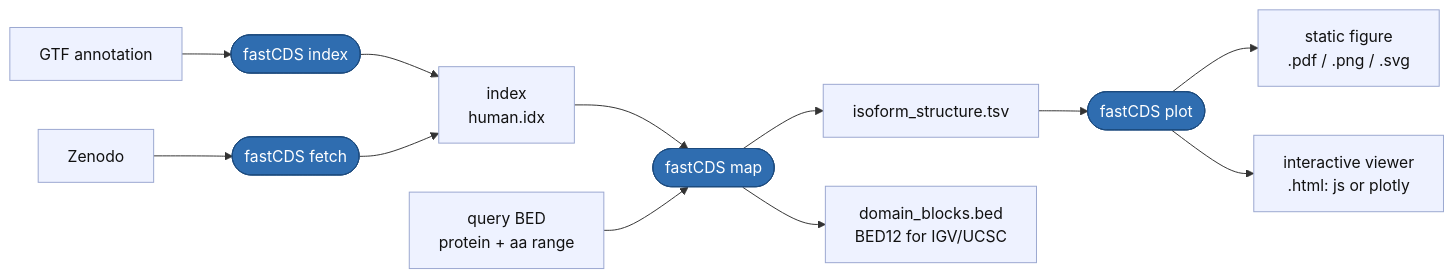
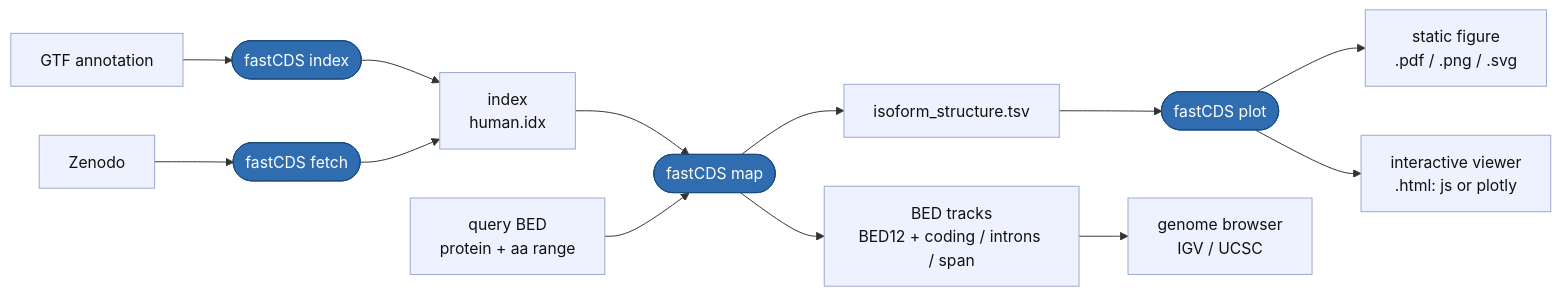
One commit to SotoLF/fastCDS changed the diagram in README.md. Above: the diagram before and after it, drawn with Mermaid. The commit also changed other lines of this file and 14 other files, not shown here.

````diff
--- a/README.md
+++ b/README.md
@@ -49,19 +54,20 @@
 ```mermaid
 flowchart LR
     GTF[GTF annotation] --> INDEX([fastCDS index])
     ZEN[Zenodo] --> FETCH([fastCDS fetch])
     INDEX --> IDX[index<br/>human.idx]
     FETCH --> IDX
     IDX --> MAP([fastCDS map])
     BED[query BED<br/>protein + aa range] --> MAP
     MAP --> TSV[isoform_structure.tsv]
-    MAP --> B12[domain_blocks.bed<br/>BED12 for IGV/UCSC]
+    MAP --> B12[BED tracks<br/>BED12 + coding / introns / span]
     TSV --> PLOT([fastCDS plot])
     PLOT --> STATIC[static figure<br/>.pdf / .png / .svg]
     PLOT --> INTER[interactive viewer<br/>.html: js or plotly]
+    B12 --> IGV[genome browser<br/>IGV / UCSC]
 
     classDef cmd fill:#2f6db0,color:#ffffff,stroke:#1c4a7d,stroke-width:1px;
     classDef file fill:#eef2ff,color:#111111,stroke:#9aa7d0,stroke-width:1px;
     class INDEX,FETCH,MAP,PLOT cmd;
-    class GTF,ZEN,IDX,BED,TSV,B12,STATIC,INTER file;
+    class GTF,ZEN,IDX,BED,TSV,B12,STATIC,INTER,IGV file;
 ```
````
